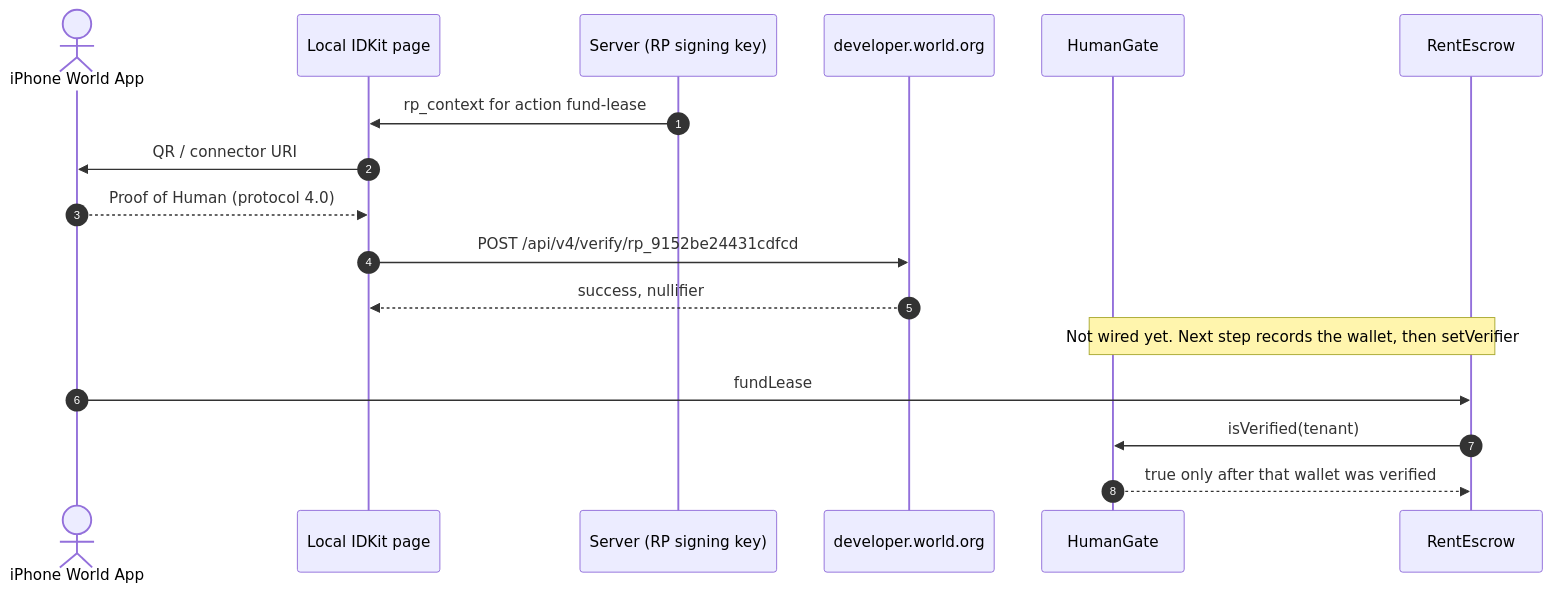
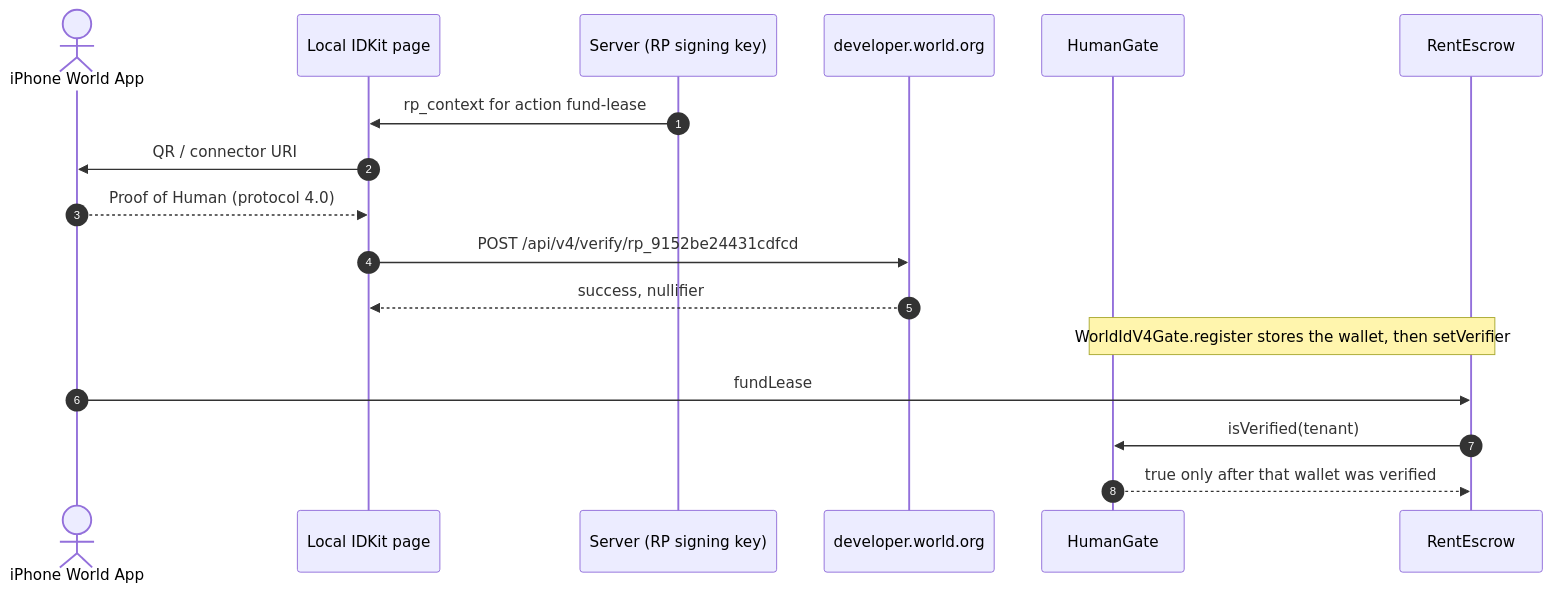
The sixth of 12 diagrams in ARCHITECTURE.md (AiAlchemist0/rentouts-escrow), drawn with Mermaid before and after one commit. The commit also changed other lines of this file and 4 other files, not shown here.

First line of the commit message:
feat(world): WorldIdV4Gate records a wallet after a World ID 4.0 verify

````diff
--- a/ARCHITECTURE.md
+++ b/ARCHITECTURE.md
@@ -298,19 +298,19 @@
 ```mermaid
 sequenceDiagram
     autonumber
     actor Phone as iPhone World App
     participant Page as Local IDKit page
     participant Sign as Server (RP signing key)
     participant World as developer.world.org
     participant HG as HumanGate
     participant RE as RentEscrow
     Sign->>Page: rp_context for action fund-lease
     Page->>Phone: QR / connector URI
     Phone-->>Page: Proof of Human (protocol 4.0)
     Page->>World: POST /api/v4/verify/rp_9152be24431cdfcd
     World-->>Page: success, nullifier
-    Note over HG,RE: Not wired yet. Next step records the wallet, then setVerifier
+    Note over HG,RE: WorldIdV4Gate.register stores the wallet, then setVerifier
     Phone->>RE: fundLease
     RE->>HG: isVerified(tenant)
     HG-->>RE: true only after that wallet was verified
 ```
````
